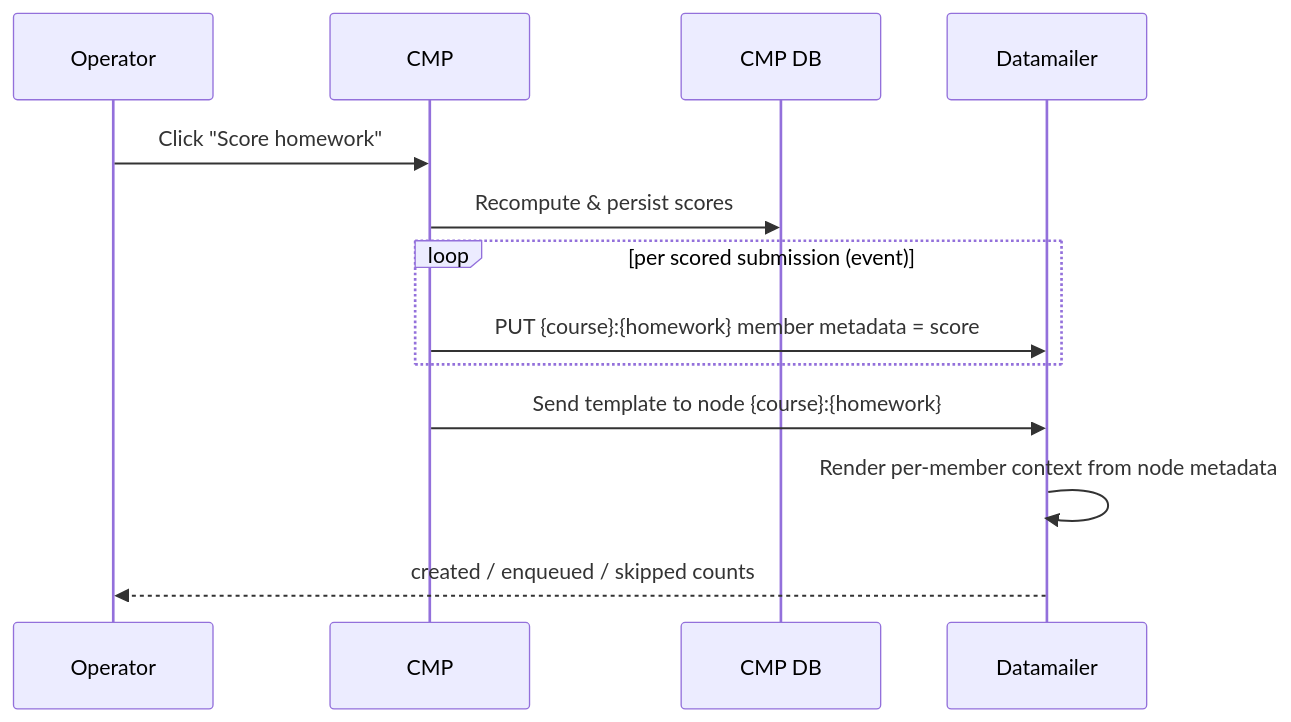
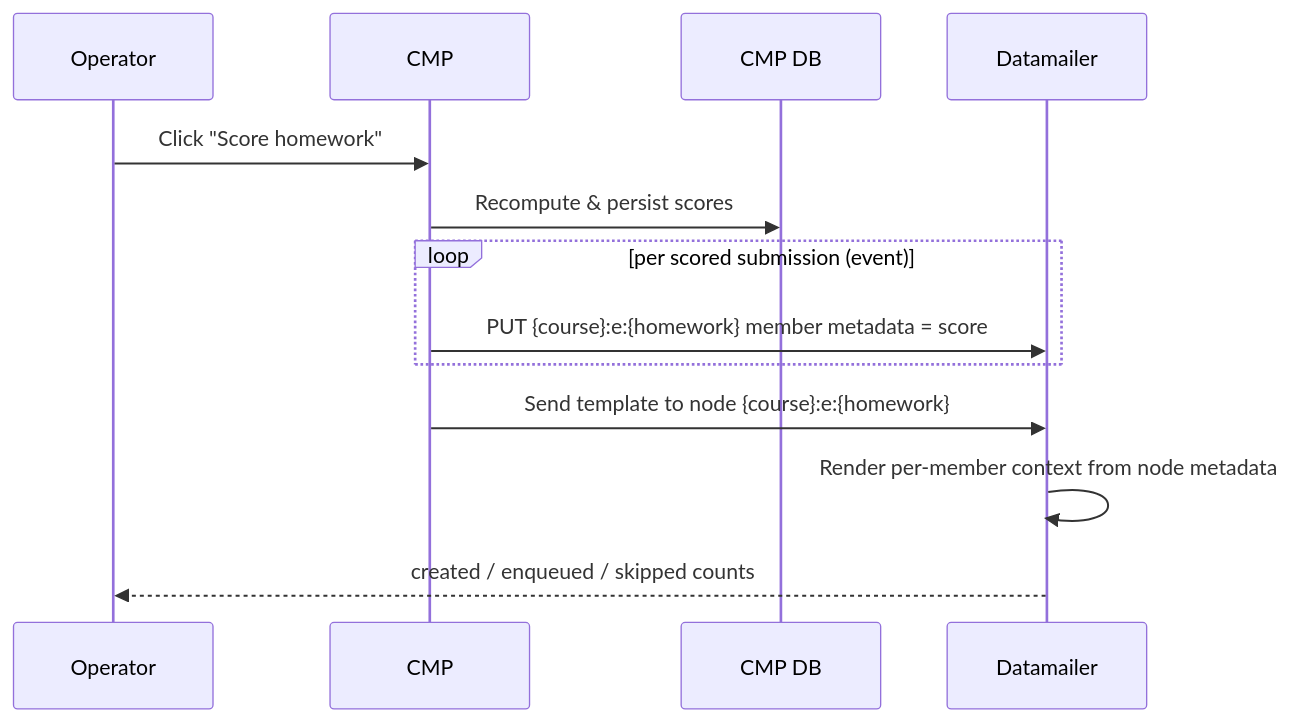
Before and after one commit to DataTalksClub/course-management-platform: the tenth of 17 diagrams in docs/datamailer-integration.md, drawn with Mermaid. The commit also changed other lines of this file, not shown here.

First line of the commit message:
docs(datamailer): add :e enrolled node; unify reminders; simplify peer-review-due

````diff
--- a/docs/datamailer-integration.md
+++ b/docs/datamailer-integration.md
@@ -513,16 +530,16 @@
 ```mermaid
 sequenceDiagram
     participant Operator
     participant CMP
     participant DB as CMP DB
     participant DM as Datamailer
 
     Operator->>CMP: Click "Score homework"
     CMP->>DB: Recompute & persist scores
     loop per scored submission (event)
-        CMP->>DM: PUT {course}:{homework} member metadata = score
+        CMP->>DM: PUT {course}:e:{homework} member metadata = score
     end
-    CMP->>DM: Send template to node {course}:{homework}
+    CMP->>DM: Send template to node {course}:e:{homework}
     DM->>DM: Render per-member context from node metadata
     DM-->>Operator: created / enqueued / skipped counts
 ```
````
